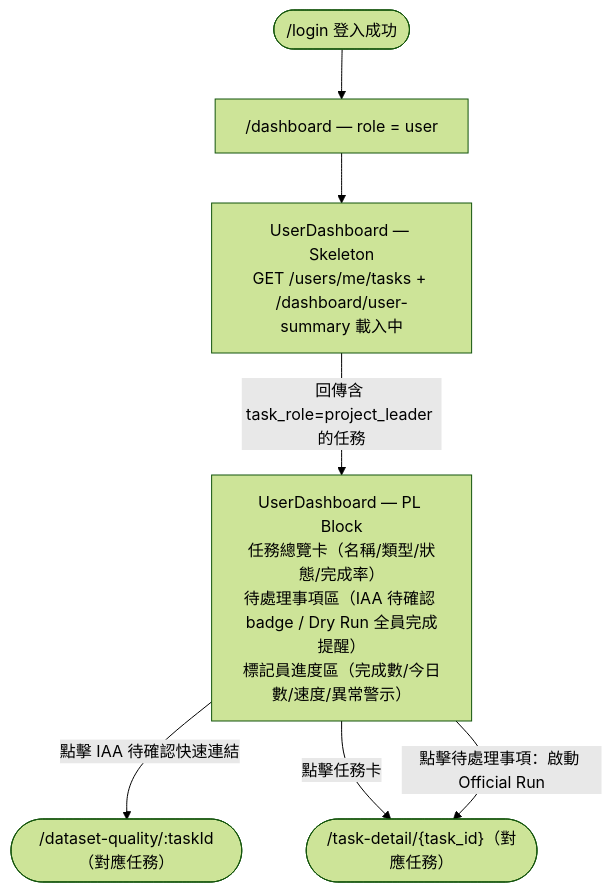
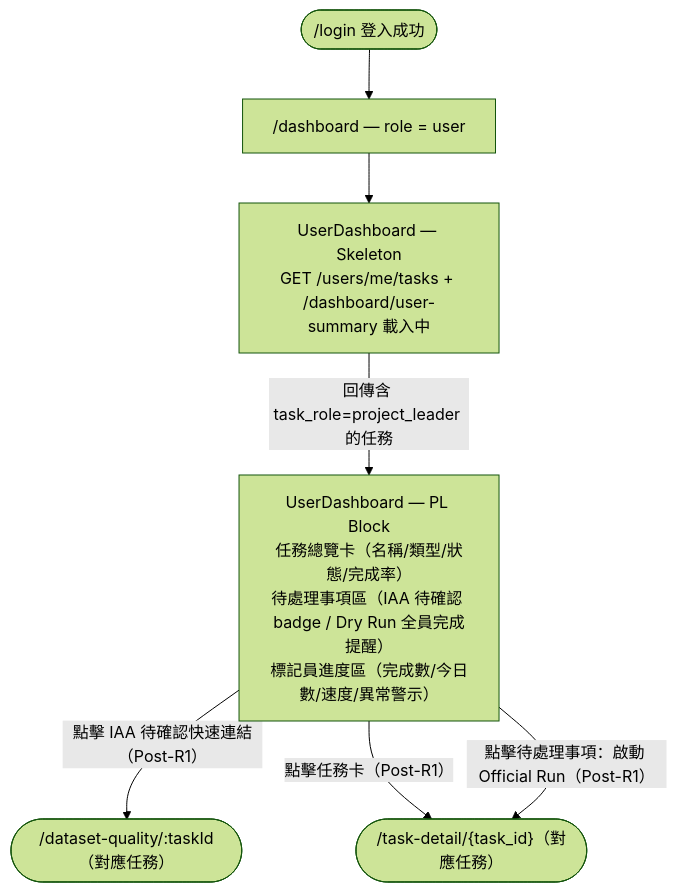
The fifth of 7 diagrams in specs/dashboard/012-dashboard/spec.md (singyichen/label-suite), drawn with Mermaid (forest theme) before and after one commit. The commit also changed other lines of this file and 1 other file, not shown here.

````diff
--- a/specs/dashboard/012-dashboard/spec.md
+++ b/specs/dashboard/012-dashboard/spec.md
@@ -253,9 +284,9 @@
 ```mermaid
 flowchart TD
     A(["/login 登入成功"]) --> B["/dashboard — role = user"]
     B --> C["UserDashboard — Skeleton\nGET /users/me/tasks + /dashboard/user-summary 載入中"]
     C -->|"回傳含 task_role=project_leader 的任務"| D["UserDashboard — PL Block\n任務總覽卡（名稱/類型/狀態/完成率）\n待處理事項區（IAA 待確認 badge / Dry Run 全員完成提醒）\n標記員進度區（完成數/今日數/速度/異常警示）"]
-    D -->|"點擊 IAA 待確認快速連結"| F(["/dataset-quality/:taskId（對應任務）"])
-    D -->|"點擊任務卡"| G(["/task-detail/{task_id}（對應任務）"])
-    D -->|"點擊待處理事項：啟動 Official Run"| G
+    D -->|"點擊 IAA 待確認快速連結（Post-R1）"| F(["/dataset-quality/:taskId（對應任務）"])
+    D -->|"點擊任務卡（Post-R1）"| G(["/task-detail/{task_id}（對應任務）"])
+    D -->|"點擊待處理事項：啟動 Official Run（Post-R1）"| G
 ```
````
